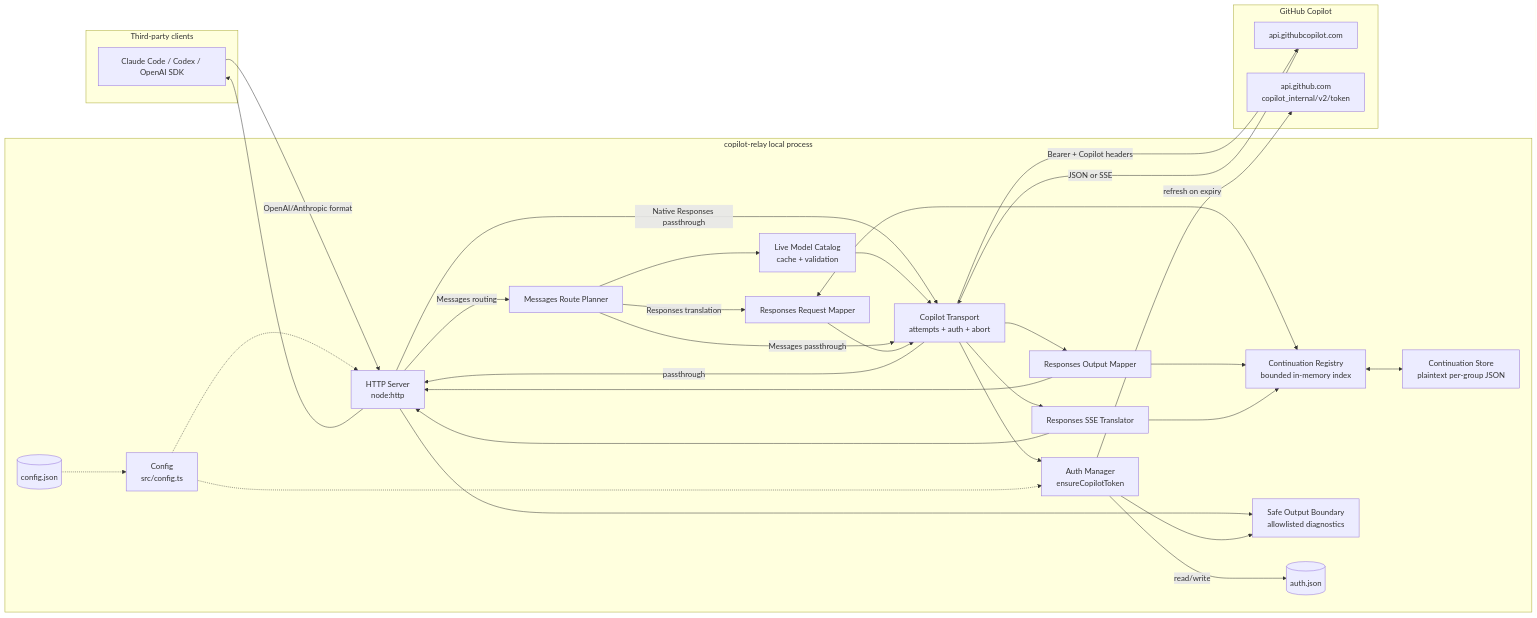
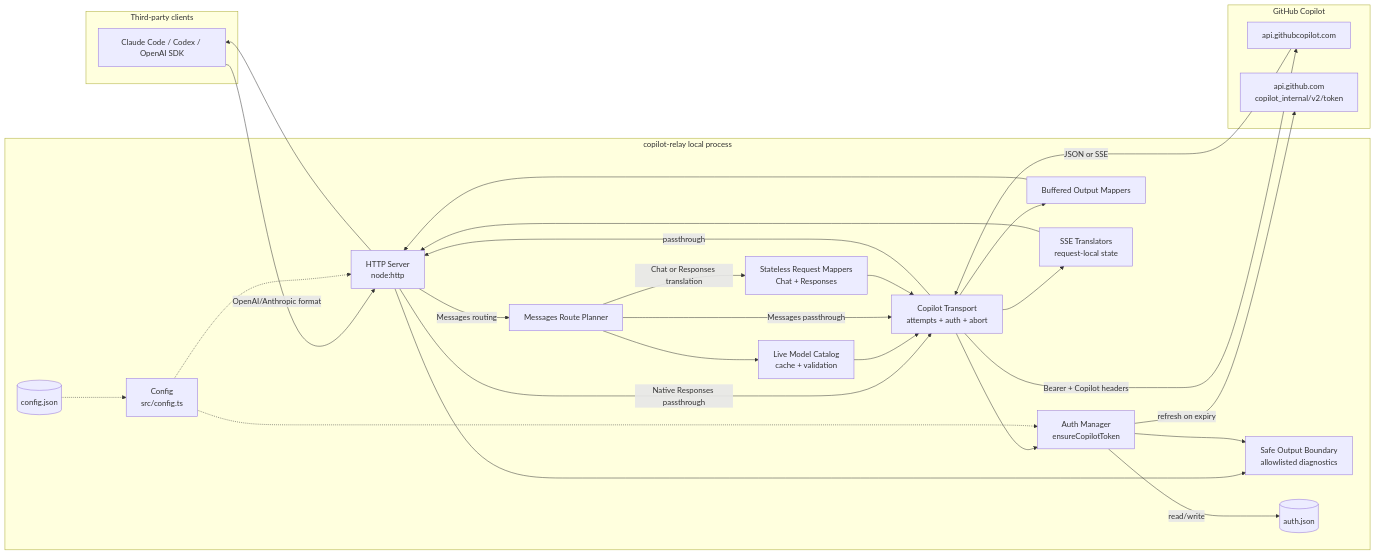
Before and after one commit to luciferwww/copilot-relay: the first of 5 diagrams in docs/design.md, drawn with Mermaid. The commit also changed other lines of this file and 29 other files, not shown here.

Commit message:
feat: make messages translation stateless

````diff
--- a/docs/design.md
+++ b/docs/design.md
@@ -16,57 +16,51 @@
 ```mermaid
 flowchart LR
     subgraph Client[Third-party clients]
         A[Claude Code / Codex / OpenAI SDK]
     end
 
     subgraph Proxy[copilot-relay local process]
         B[HTTP Server<br/>node:http]
         C[Auth Manager<br/>ensureCopilotToken]
         D[Copilot Transport<br/>attempts + auth + abort]
         I[Live Model Catalog<br/>cache + validation]
         J[Messages Route Planner]
-        L[Responses Request Mapper]
-        M[Responses Output Mapper]
-        N[Responses SSE Translator]
-        O[Continuation Registry<br/>bounded in-memory index]
-        Q[Continuation Store<br/>plaintext per-group JSON]
+        L[Stateless Request Mappers<br/>Chat + Responses]
+        M[Buffered Output Mappers]
+        N[SSE Translators<br/>request-local state]
         P[Safe Output Boundary<br/>allowlisted diagnostics]
         K[Config<br/>src/config.ts]
         E[(auth.json)]
         F[(config.json)]
     end
 
     subgraph GitHub[GitHub Copilot]
         G[api.githubcopilot.com]
         H[api.github.com<br/>copilot_internal/v2/token]
     end
 
     A -->|OpenAI/Anthropic format| B
     B -->|Messages routing| J
     B -->|Native Responses passthrough| D
     J --> I
     I --> D
     J -->|Messages passthrough| D
-    J -->|Responses translation| L
-    L <--> O
-    O <--> Q
+    J -->|Chat or Responses translation| L
     L --> D
     D --> C
     C -- read/write --> E
     C -- refresh on expiry --> H
     D -->|Bearer + Copilot headers| G
     G -->|JSON or SSE| D
     D -->|passthrough| B
     D --> M
     D --> N
-    M --> O
-    N --> O
     M --> B
     N --> B
     B --> P
     C --> P
     B --> A
     F -.-> K
     K -.-> B
     K -.-> C
 ```
````
